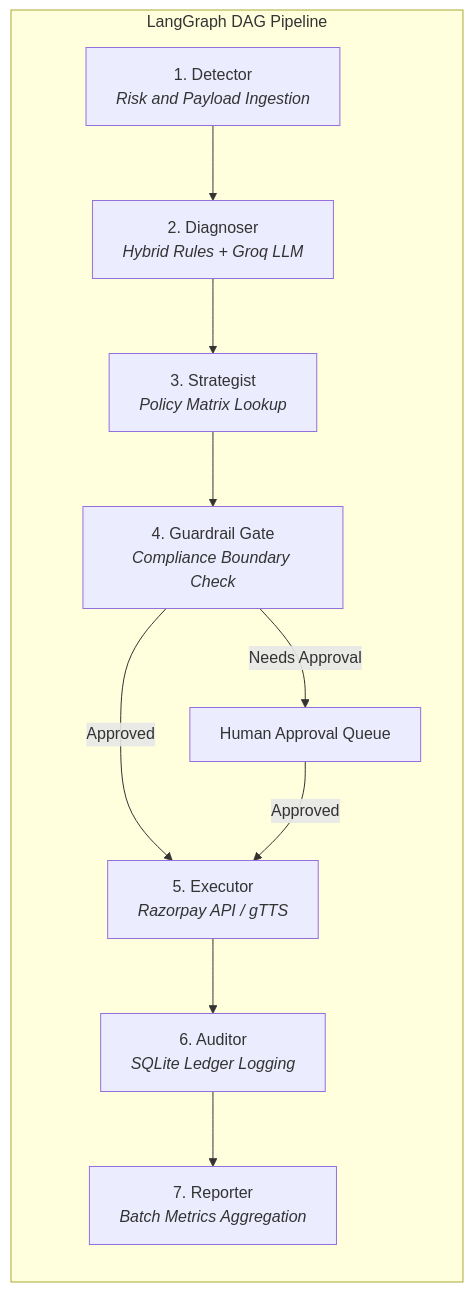
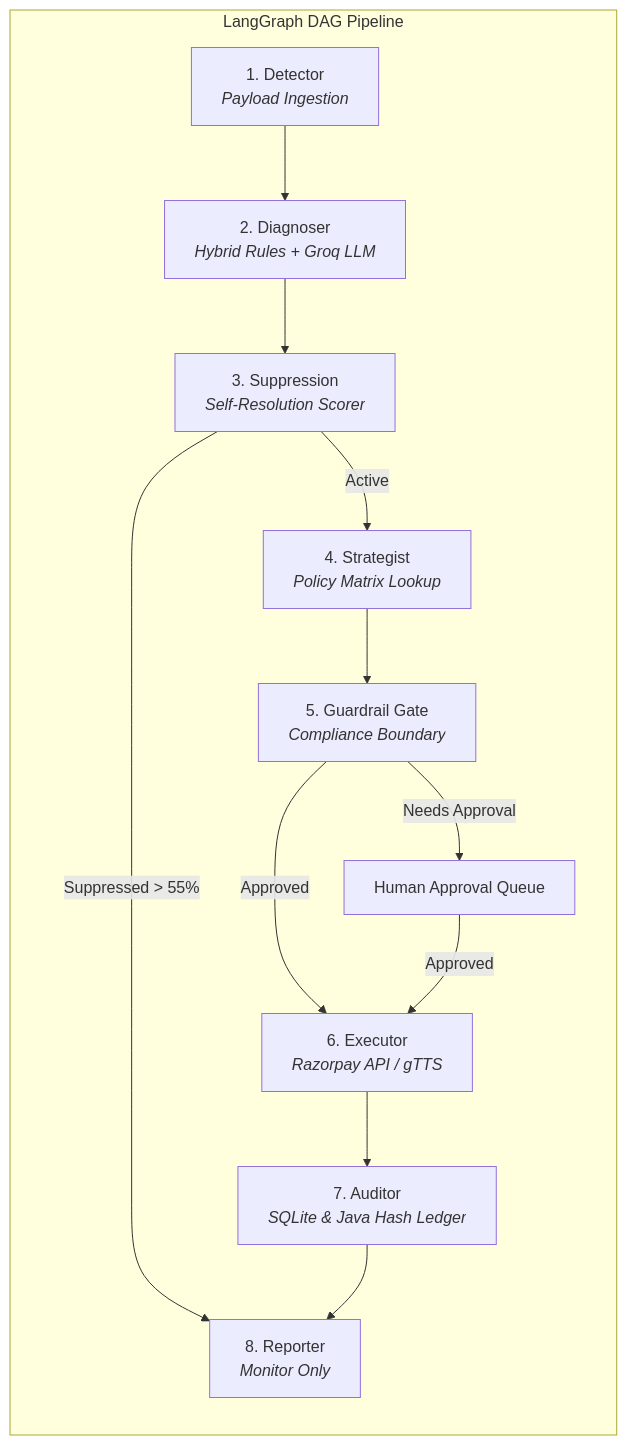
One commit to ankan123basu/vaapsi-agent changed the second of 4 diagrams in README.md. Above: the diagram before and after it, drawn with Mermaid. The commit also changed other lines of this file and 29 other files, not shown here.

````diff
--- a/README.md
+++ b/README.md
@@ -312,13 +327,15 @@
 ```mermaid
 graph LR
     subgraph LangGraph DAG Pipeline
-        N1["1. Detector<br/><i>Risk and Payload Ingestion</i>"] --> N2["2. Diagnoser<br/><i>Hybrid Rules + Groq LLM</i>"]
-        N2 --> N3["3. Strategist<br/><i>Policy Matrix Lookup</i>"]
-        N3 --> N4["4. Guardrail Gate<br/><i>Compliance Boundary Check</i>"]
-        N4 -->|Approved| N5["5. Executor<br/><i>Razorpay API / gTTS</i>"]
-        N4 -->|Needs Approval| QUEUE["Human Approval Queue"]
-        QUEUE -->|Approved| N5
-        N5 --> N6["6. Auditor<br/><i>SQLite Ledger Logging</i>"]
-        N6 --> N7["7. Reporter<br/><i>Batch Metrics Aggregation</i>"]
+        N1["1. Detector<br/><i>Payload Ingestion</i>"] --> N2["2. Diagnoser<br/><i>Hybrid Rules + Groq LLM</i>"]
+        N2 --> N3["3. Suppression<br/><i>Self-Resolution Scorer</i>"]
+        N3 -->|Suppressed > 55%| N8["8. Reporter<br/><i>Monitor Only</i>"]
+        N3 -->|Active| N4["4. Strategist<br/><i>Policy Matrix Lookup</i>"]
+        N4 --> N5["5. Guardrail Gate<br/><i>Compliance Boundary</i>"]
+        N5 -->|Approved| N6["6. Executor<br/><i>Razorpay API / gTTS</i>"]
+        N5 -->|Needs Approval| QUEUE["Human Approval Queue"]
+        QUEUE -->|Approved| N6
+        N6 --> N7["7. Auditor<br/><i>SQLite & Java Hash Ledger</i>"]
+        N7 --> N8
     end
 ```
````
